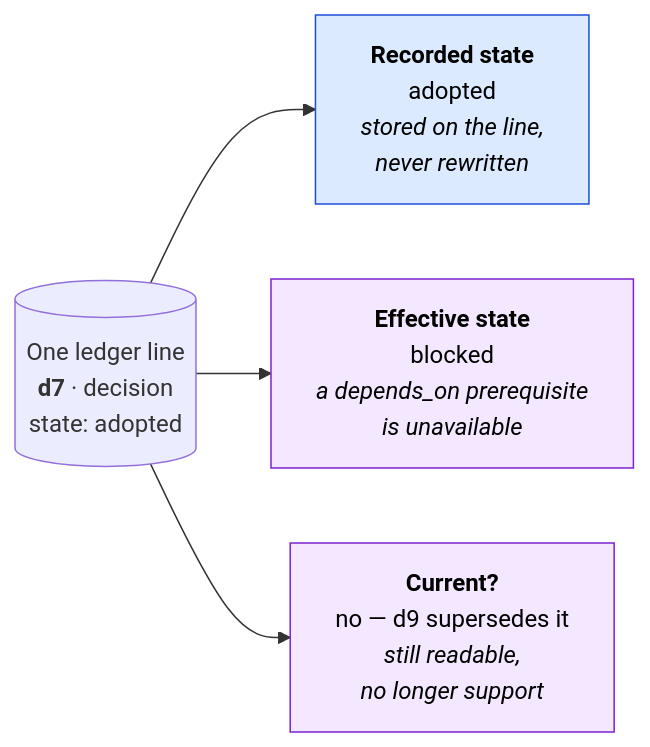
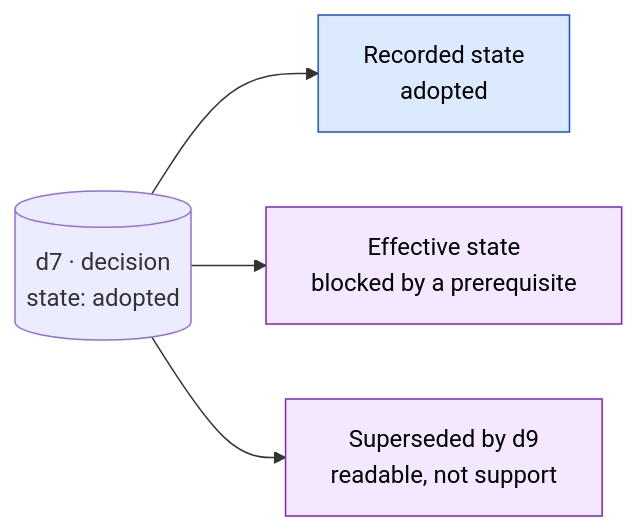
Before and after one commit to NovusEdge/docket: the diagram in docs/ledger.md, drawn with Mermaid. The commit also changed 4 other files, not shown here.

````diff
--- a/docs/ledger.md
+++ b/docs/ledger.md
@@ -48,17 +48,17 @@
 ```mermaid
 flowchart LR
-    line[("One ledger line<br/><b>d7</b> · decision<br/>state: adopted")]
+    line[("d7 · decision<br/>state: adopted")]
 
-    rec["<b>Recorded state</b><br/>adopted<br/><i>stored on the line,<br/>never rewritten</i>"]
-    eff["<b>Effective state</b><br/>blocked<br/><i>a depends_on prerequisite<br/>is unavailable</i>"]
-    cur["<b>Current?</b><br/>no — d9 supersedes it<br/><i>still readable,<br/>no longer support</i>"]
+    rec["Recorded state<br/>adopted"]
+    eff["Effective state<br/>blocked by a prerequisite"]
+    cur["Superseded by d9<br/>readable, not support"]
 
     line --> rec
     line --> eff
     line --> cur
 
     classDef stored fill:#dbeafe,stroke:#1d4ed8,color:#000
     classDef derived fill:#f3e8ff,stroke:#7e22ce,color:#000
     class rec stored
     class eff,cur derived
 ```
````
